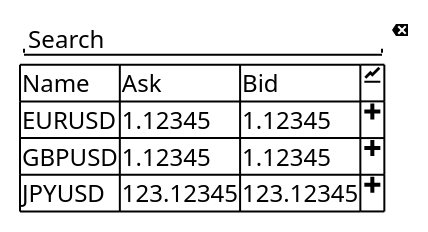
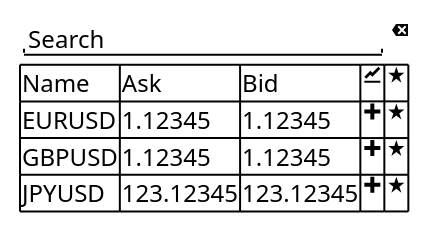
Diagram 12 of 18 in dev-docs/specs/fonctionnelles-detaillees.adoc (traderbook/documentation), drawn with PlantUML before and after one commit. The commit also changed other lines of this file and 21 other files, not shown here.

```diff
--- a/dev-docs/specs/fonctionnelles-detaillees.adoc
+++ b/dev-docs/specs/fonctionnelles-detaillees.adoc
@@ -412,15 +479,15 @@
 [plantuml, format="svg"]
 ....
 salt
 {
 {
 "Search                " | <&delete>
 }
 {#
-Name | Ask | Bid | <&graph>
-EURUSD | 1.12345 | 1.12345 | <&plus>
-GBPUSD | 1.12345 | 1.12345 | <&plus>
-JPYUSD | 123.12345 | 123.12345 | <&plus>
+Name | Ask | Bid | <&graph> | <&star>
+EURUSD | 1.12345 | 1.12345 | <&plus> | <&star>
+GBPUSD | 1.12345 | 1.12345 | <&plus> | <&star>
+JPYUSD | 123.12345 | 123.12345 | <&plus> | <&star>
 }
 }
 ....
```
